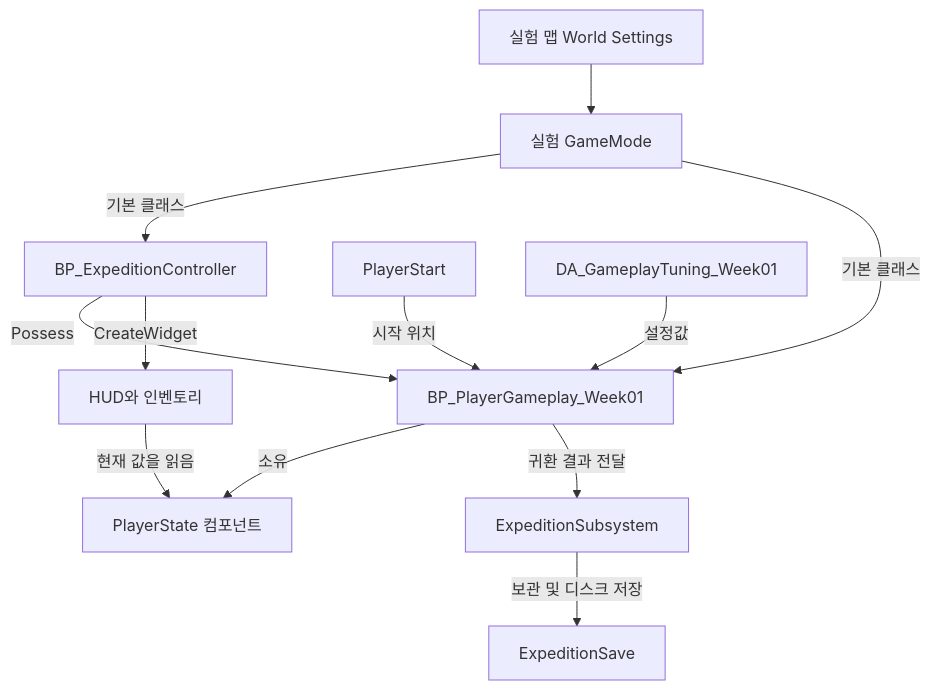
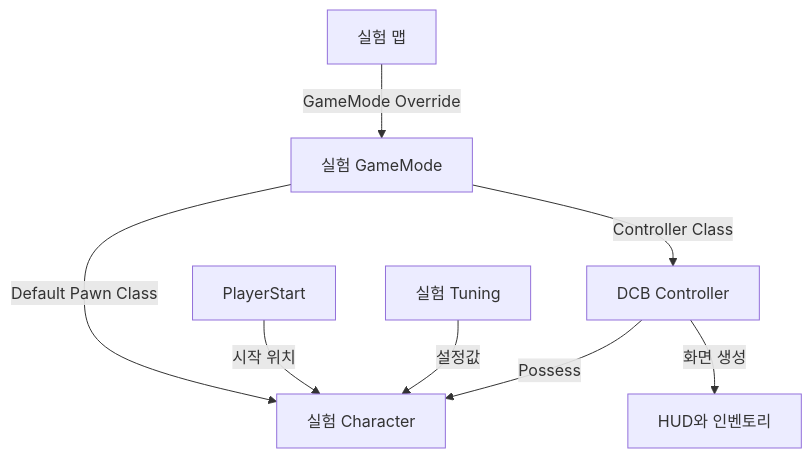
Before and after one commit to imjae/imjae.github.io: the diagram in content/articles/study/dcb-unreal-first-playable-framework.md, drawn with Mermaid. The commit also changed other lines of this file and 2 other files, not shown here.

Commit message:
Rewrite DCB week one as Unity-to-Unreal beginner exercises

````diff
--- a/content/articles/study/dcb-unreal-first-playable-framework.md
+++ b/content/articles/study/dcb-unreal-first-playable-framework.md
@@ -168,14 +202,10 @@
 ```mermaid
 flowchart TD
-    Map[실험 맵 World Settings] --> GM[실험 GameMode]
-    GM -->|기본 클래스| PC[BP_ExpeditionController]
-    GM -->|기본 클래스| Player[BP_PlayerGameplay_Week01]
+    Level[실험 맵] -->|GameMode Override| Mode[실험 GameMode]
+    Mode -->|Default Pawn Class| Player[실험 Character]
+    Mode -->|Controller Class| Controller[DCB Controller]
     Start[PlayerStart] -->|시작 위치| Player
-    PC -->|Possess| Player
-    PC -->|CreateWidget| UI[HUD와 인벤토리]
-    Player -->|소유| State[PlayerState 컴포넌트]
-    Tuning[DA_GameplayTuning_Week01] -->|설정값| Player
-    UI -->|현재 값을 읽음| State
-    Player -->|귀환 결과 전달| Sub[ExpeditionSubsystem]
-    Sub -->|보관 및 디스크 저장| Save[ExpeditionSave]
+    Controller -->|Possess| Player
+    Controller -->|화면 생성| Widget[HUD와 인벤토리]
+    Data[실험 Tuning] -->|설정값| Player
 ```
````
